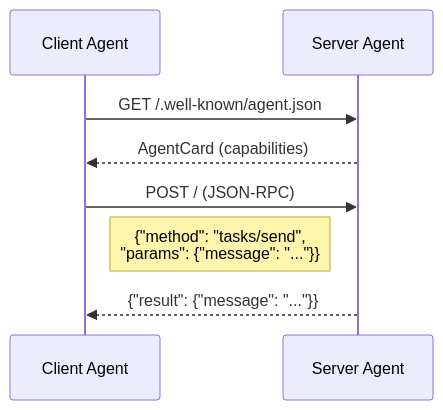
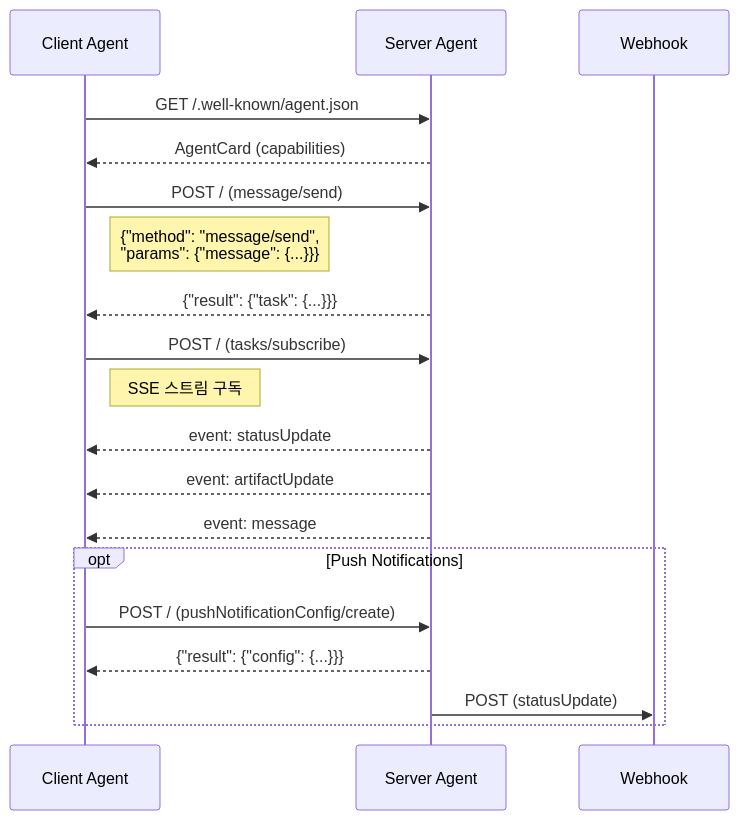
One commit to ldmrepo/michael changed diagram 12 of 17 in docs/ARCHITECTURE.md. Above: the diagram before and after it, drawn with Mermaid. The commit also changed other lines of this file and 98 other files, not shown here.

````diff
--- a/docs/ARCHITECTURE.md
+++ b/docs/ARCHITECTURE.md
@@ -394,12 +440,25 @@
 ```mermaid
 sequenceDiagram
     participant C as Client Agent
     participant S as Server Agent
+    participant WH as Webhook
 
     C->>S: GET /.well-known/agent.json
     S-->>C: AgentCard (capabilities)
 
-    C->>S: POST / (JSON-RPC)
-    Note right of C: {"method": "tasks/send",<br/>"params": {"message": "..."}}
-    S-->>C: {"result": {"message": "..."}}
+    C->>S: POST / (message/send)
+    Note right of C: {"method": "message/send",<br/>"params": {"message": {...}}}
+    S-->>C: {"result": {"task": {...}}}
+
+    C->>S: POST / (tasks/subscribe)
+    Note right of C: SSE 스트림 구독
+    S-->>C: event: statusUpdate
+    S-->>C: event: artifactUpdate
+    S-->>C: event: message
+
+    opt Push Notifications
+        C->>S: POST / (pushNotificationConfig/create)
+        S-->>C: {"result": {"config": {...}}}
+        S->>WH: POST (statusUpdate)
+    end
 ```
````
